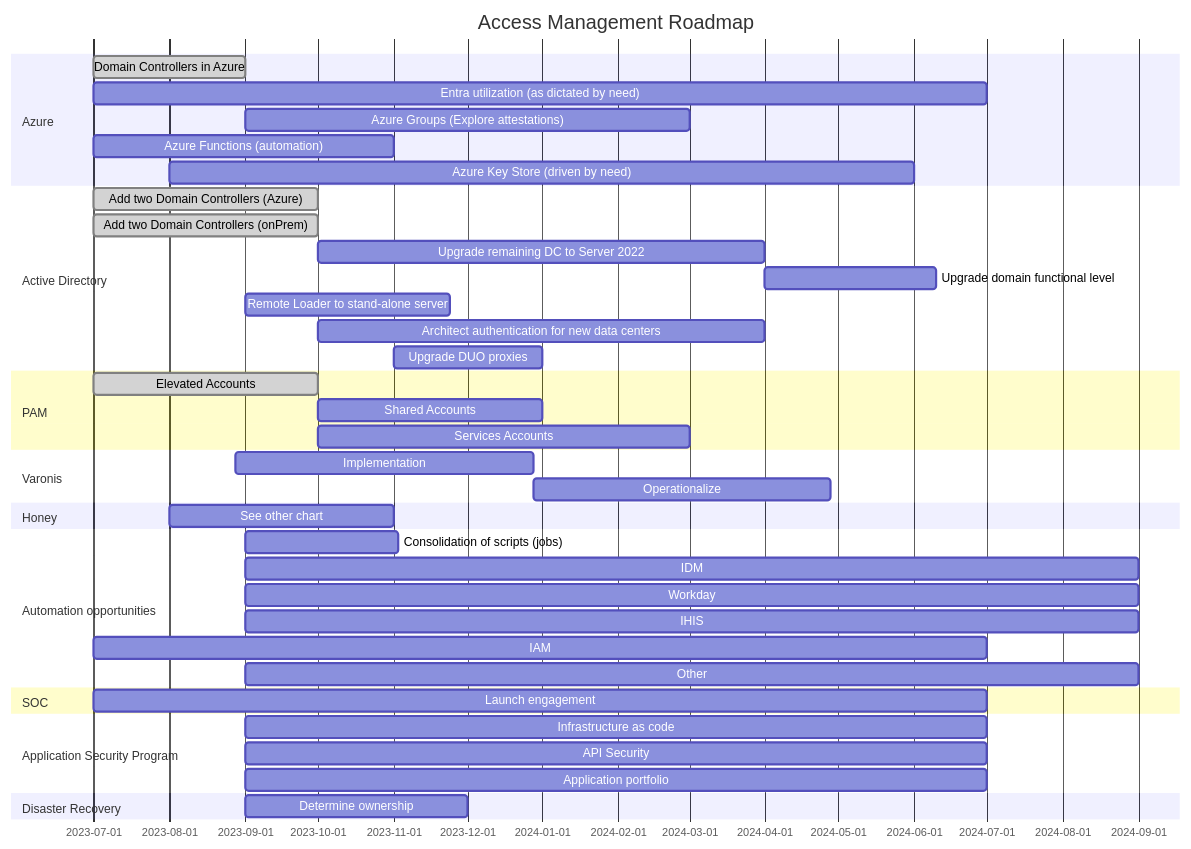
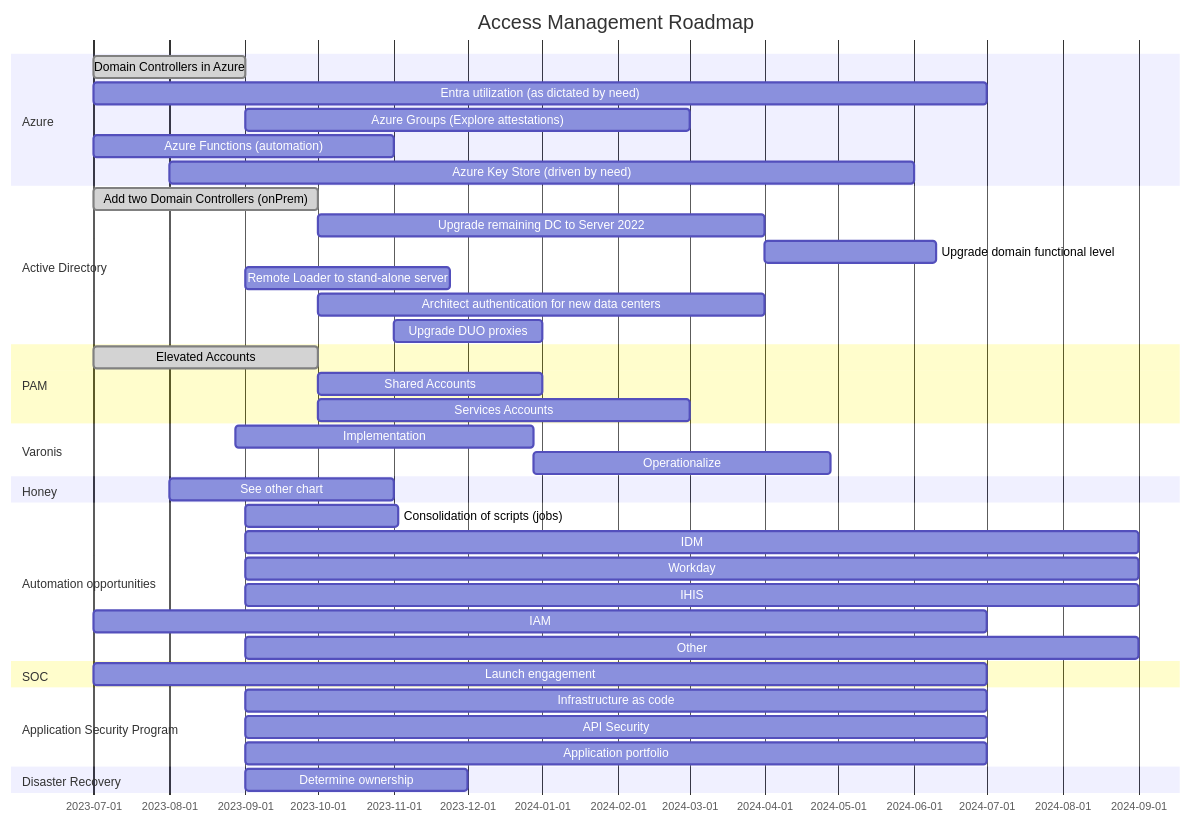
One commit to stahler/MermaidDiagrams changed the diagram in AccessManagement.md. Above: the diagram before and after it, drawn with Mermaid.

Commit message:
Update Azure

````diff
--- a/AccessManagement.md
+++ b/AccessManagement.md
@@ -1,71 +1,70 @@
 ```mermaid
 %%{init:
     {
         "gantt":{
             "titleTopMargin":25,
             "leftPadding":80,
             "numberSectionStyles":2,
             %%"topAxis":"true",
             "axisFormat":"%b-%Y",
             "barHeight":30,
             "barGap":15,
             "useMaxWidth": true
         }
     }
 }%%
 
 gantt
     title Access Management Roadmap
     dateFormat  YYYY-MM-DD
     todayMarker stroke-width:5px,stroke:green,opacity:0.5
     tickInterval 1quarter
     %% excludes 2023-09-04, Weekends
     
 section Azure
 Domain Controllers in Azure             :done,2023-07-01, 2M
 Entra utilization (as dictated by need) :2023-07-01, 12M
 Azure Groups (Explore attestations)     :2023-09-01, 6M
 Azure Functions (automation)            :2023-07-01, 4M
 Azure Key Store (driven by need)        :2023-08-01, 10M
 
 section Active Directory                    
-Add two Domain Controllers (Azure)      :done, a1,2023-07-01, 3M
 Add two Domain Controllers (onPrem)     :done, a1,2023-07-01, 3M
 Upgrade remaining DC to Server 2022     :a2,after a1, 6M
 Upgrade domain functional level         :a3,after a2, 10w
 Remote Loader to stand-alone server     :2023-09-01, 12w
 Architect authentication for new data centers: 2023-10-01, 6M
 Upgrade DUO proxies                     :2023-11-01, 2M
 
 section PAM
 Elevated Accounts                       :done,p1, 2023-07-01, 3M
 Shared Accounts                         :after p1,3M
 Services Accounts                       :after p1,5M
 
 section Varonis
 Implementation                          :v1, 2023-08-28, 4M
 Operationalize                          :after v1, 4M
 
 section Honey 
 See other chart                         :2023-08-01, 3M
 
 section Automation opportunities
 Consolidation of scripts (jobs)         :2023-09-01, 9w
 IDM                                     :2023-09-01, 12M
 Workday                                 :2023-09-01, 12M
 IHIS                                    :2023-09-01, 12M
 IAM                                     :2023-07-01, 12M
 Other                                   :2023-09-01, 12M
 
 section SOC
 Launch engagement                       :2023-07-01, 12M
 
 section Application Security Program   
 Infrastructure as code                  :2023-09-01, 10M
 API Security                            :2023-09-01, 10M
 Application portfolio                   :2023-09-01, 10M
 
 section Disaster Recovery
 Determine ownership                     :2023-09-01, 3M
 
 ```
````
